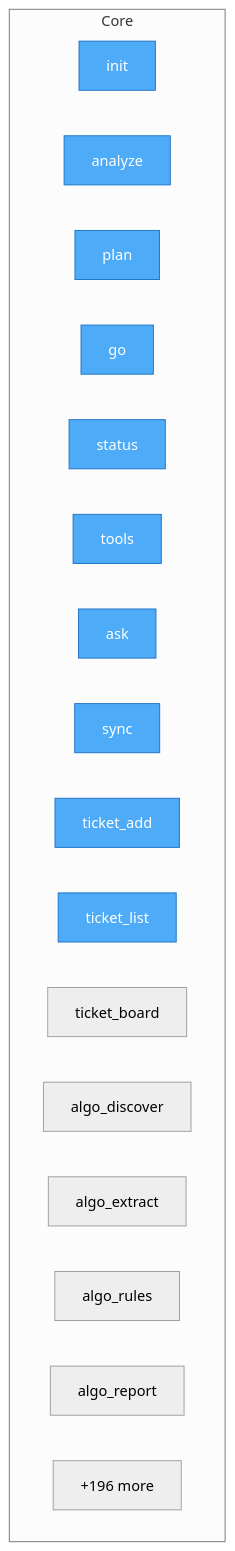
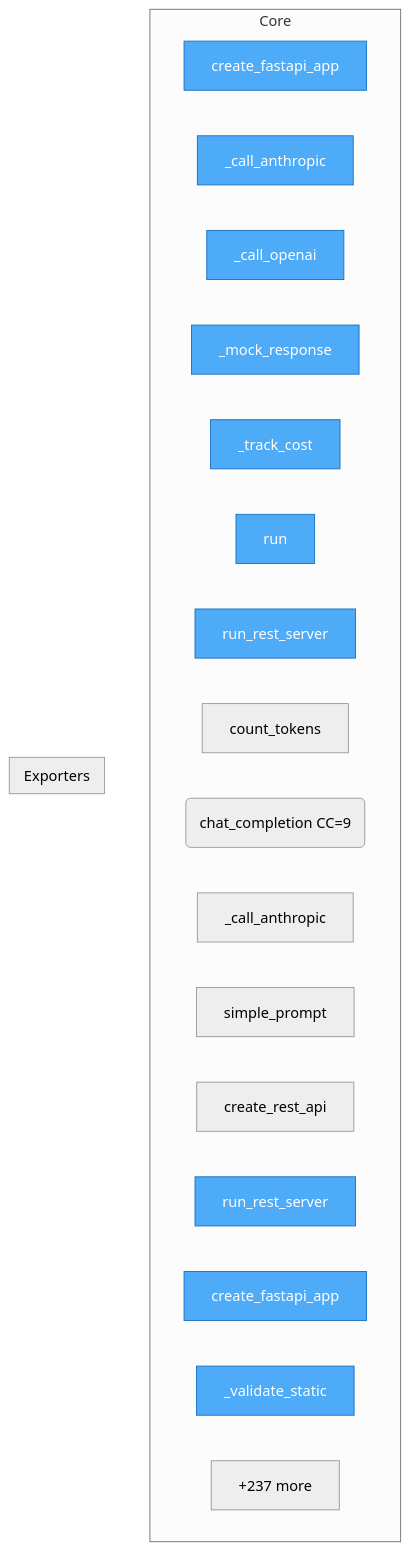
The diagram in project/flow.mmd (semcod/algitex), drawn with Mermaid (neutral theme) before and after one commit. The commit also changed 47 other files, not shown here.

```diff
--- a/project/flow.mmd
+++ b/project/flow.mmd
@@ -1,25 +1,28 @@
 flowchart TD
 
     %% Entry points (blue)
     classDef entry fill:#4dabf7,stroke:#1971c2,color:#fff
 
     subgraph Core
-        src__algitex__cli__init["init"]
-        src__algitex__cli__analyze["analyze"]
-        src__algitex__cli__plan["plan"]
-        src__algitex__cli__go["go"]
-        src__algitex__cli__status["status"]
-        src__algitex__cli__tools["tools"]
-        src__algitex__cli__ask["ask"]
-        src__algitex__cli__sync["sync"]
-        src__algitex__cli__ticket_add["ticket_add"]
-        src__algitex__cli__ticket_list["ticket_list"]
-        src__algitex__cli__ticket_board["ticket_board"]
-        src__algitex__cli__algo_discover["algo_discover"]
-        src__algitex__cli__algo_extract["algo_extract"]
-        src__algitex__cli__algo_rules["algo_rules"]
-        src__algitex__cli__algo_report["algo_report"]
-        ...["+196 more"]
+        docker__proxym__proxym_server__ProxymServer__create_fastapi_app["create_fastapi_app"]
+        docker__proxym__proxym_server__ProxymServer___call_anthropic["_call_anthropic"]
+        docker__proxym__proxym_server__ProxymServer___call_openai["_call_openai"]
+        docker__proxym__proxym_server__ProxymServer___mock_response["_mock_response"]
+        docker__proxym__proxym_server__ProxymServer___track_cost["_track_cost"]
+        docker__proxym__proxym_server__ProxymServer__run["run"]
+        docker__vallm__vallm_mcp_server__run_rest_server["run_rest_server"]
+        docker__proxym__proxym_mcp_server__count_tokens["count_tokens"]
+        docker__proxym__proxym_mcp_server__chat_completion("chat_completion CC=9")
+        docker__proxym__proxym_mcp_server___call_anthropic["_call_anthropic"]
+        docker__proxym__proxym_mcp_server__simple_prompt["simple_prompt"]
+        docker__proxym__proxym_mcp_server__create_rest_api["create_rest_api"]
+        docker__proxym__proxym_mcp_server__run_rest_server["run_rest_server"]
+        docker__vallm__vallm_server__VallmServer__create_fastapi_app["create_fastapi_app"]
+        docker__vallm__vallm_server__VallmServer___validate_static["_validate_static"]
+        ...["+237 more"]
     end
 
-    class src__algitex__cli__init,src__algitex__cli__analyze,src__algitex__cli__plan,src__algitex__cli__go,src__algitex__cli__status,src__algitex__cli__tools,src__algitex__cli__ask,src__algitex__cli__sync,src__algitex__cli__ticket_add,src__algitex__cli__ticket_list entry
+    subgraph Exporters
+    end
+
+    class docker__proxym__proxym_server__ProxymServer__create_fastapi_app,docker__proxym__proxym_server__ProxymServer___call_anthropic,docker__proxym__proxym_server__ProxymServer___call_openai,docker__proxym__proxym_server__ProxymServer___mock_response,docker__proxym__proxym_server__ProxymServer___track_cost,docker__proxym__proxym_server__ProxymServer__run,docker__vallm__vallm_mcp_server__run_rest_server,docker__proxym__proxym_mcp_server__run_rest_server,docker__vallm__vallm_server__VallmServer__create_fastapi_app,docker__vallm__vallm_server__VallmServer___validate_static entry
```
